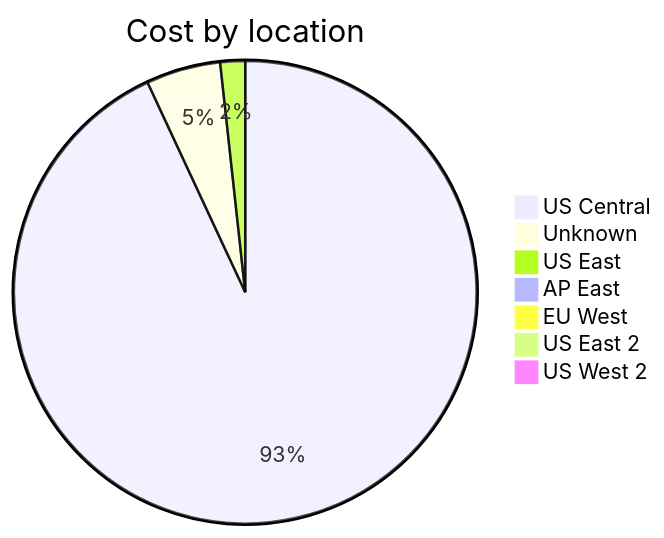
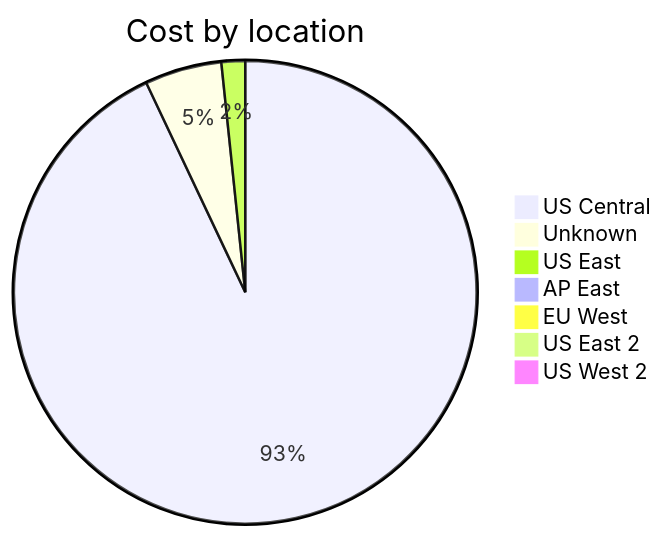
The third of 4 diagrams in cost-reports/accumulated-cost.md (jpfulton/azure-personal-reports), drawn with Mermaid before and after one commit. The commit also changed other lines of this file and 4 other files, not shown here.

````diff
--- a/cost-reports/accumulated-cost.md
+++ b/cost-reports/accumulated-cost.md
@@ -123,11 +123,11 @@
 ```mermaid
 pie
    title Cost by location
-   "US Central" : 1.61
-   "Unknown" : 0.09
-   "US East" : 0.03
+   "US Central" : 2.25
+   "Unknown" : 0.13
+   "US East" : 0.04
    "AP East" : 0.00
    "EU West" : 0.00
    "US East 2" : 0.00
    "US West 2" : 0.00
 ```
````
